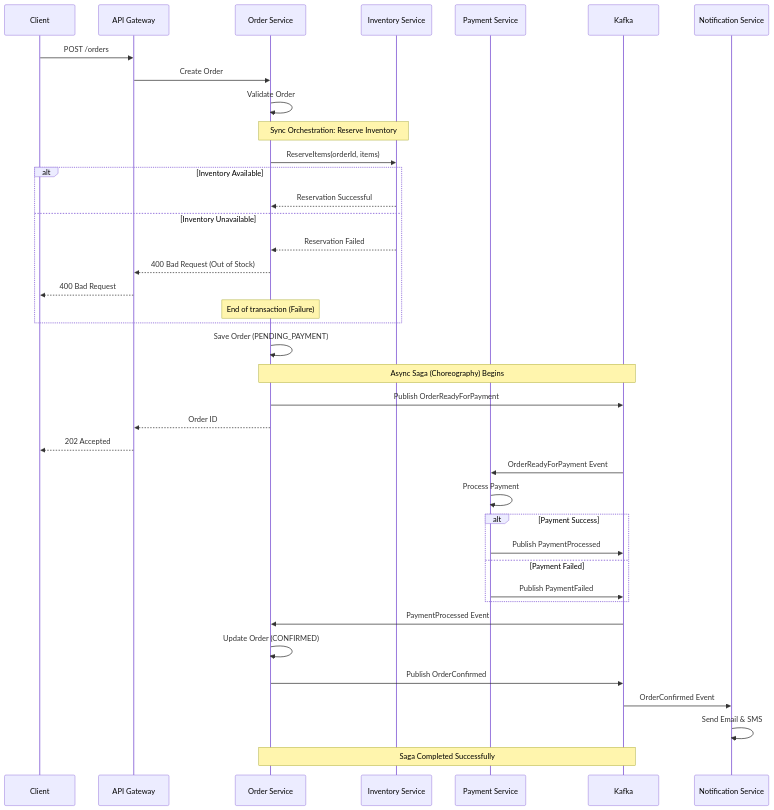
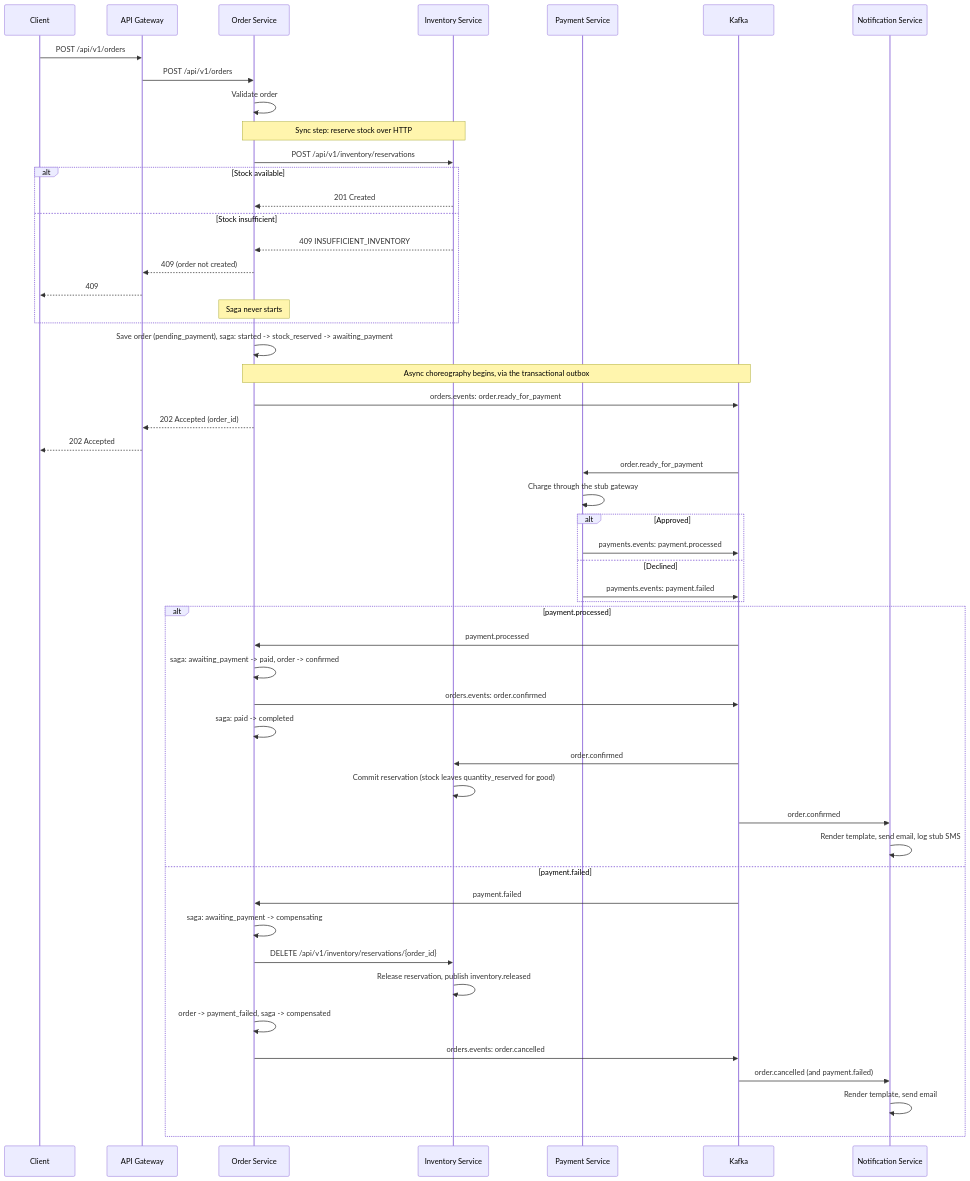
The first of 2 diagrams in docs/architecture/saga-pattern.md (Kalaganov-Konstantin/eventflow-commerce), drawn with Mermaid before and after one commit. The commit also changed other lines of this file and 7 other files, not shown here.

Commit message:
docs: refresh the architecture documents

````diff
--- a/docs/architecture/saga-pattern.md
+++ b/docs/architecture/saga-pattern.md
@@ -7,49 +18,60 @@
 ```mermaid
 sequenceDiagram
     participant C as Client
     participant GW as API Gateway
     participant OS as Order Service
     participant IS as Inventory Service
     participant PS as Payment Service
     participant K as Kafka
     participant NS as Notification Service
 
-    C->>GW: POST /orders
-    GW->>OS: Create Order
-    OS->>OS: Validate Order
+    C->>GW: POST /api/v1/orders
+    GW->>OS: POST /api/v1/orders
+    OS->>OS: Validate order
 
-    Note over OS, IS: Sync Orchestration: Reserve Inventory
-    OS->>IS: ReserveItems(orderId, items)
-    alt Inventory Available
-        IS-->>OS: Reservation Successful
-    else Inventory Unavailable
-        IS-->>OS: Reservation Failed
-        OS-->>GW: 400 Bad Request (Out of Stock)
-        GW-->>C: 400 Bad Request
-        Note over OS: End of transaction (Failure)
+    Note over OS, IS: Sync step: reserve stock over HTTP
+    OS->>IS: POST /api/v1/inventory/reservations
+    alt Stock available
+        IS-->>OS: 201 Created
+    else Stock insufficient
+        IS-->>OS: 409 INSUFFICIENT_INVENTORY
+        OS-->>GW: 409 (order not created)
+        GW-->>C: 409
+        Note over OS: Saga never starts
     end
 
-    OS->>OS: Save Order (PENDING_PAYMENT)
+    OS->>OS: Save order (pending_payment), saga: started -> stock_reserved -> awaiting_payment
 
-    Note over OS, K: Async Saga (Choreography) Begins
-    OS->>K: Publish OrderReadyForPayment
-    OS-->>GW: Order ID
+    Note over OS, K: Async choreography begins, via the transactional outbox
+    OS->>K: orders.events: order.ready_for_payment
+    OS-->>GW: 202 Accepted (order_id)
     GW-->>C: 202 Accepted
 
-    K->>PS: OrderReadyForPayment Event
-    PS->>PS: Process Payment
-    alt Payment Success
-        PS->>K: Publish PaymentProcessed
-    else Payment Failed
-        PS->>K: Publish PaymentFailed
+    K->>PS: order.ready_for_payment
+    PS->>PS: Charge through the stub gateway
+    alt Approved
+        PS->>K: payments.events: payment.processed
+    else Declined
+        PS->>K: payments.events: payment.failed
     end
 
-    K->>OS: PaymentProcessed Event
-    OS->>OS: Update Order (CONFIRMED)
-    OS->>K: Publish OrderConfirmed
-
-    K->>NS: OrderConfirmed Event
-    NS->>NS: Send Email & SMS
-
-    Note over OS, K: Saga Completed Successfully
+    alt payment.processed
+        K->>OS: payment.processed
+        OS->>OS: saga: awaiting_payment -> paid, order -> confirmed
+        OS->>K: orders.events: order.confirmed
+        OS->>OS: saga: paid -> completed
+        K->>IS: order.confirmed
+        IS->>IS: Commit reservation (stock leaves quantity_reserved for good)
+        K->>NS: order.confirmed
+        NS->>NS: Render template, send email, log stub SMS
+    else payment.failed
+        K->>OS: payment.failed
+        OS->>OS: saga: awaiting_payment -> compensating
+        OS->>IS: DELETE /api/v1/inventory/reservations/{order_id}
+        IS->>IS: Release reservation, publish inventory.released
+        OS->>OS: order -> payment_failed, saga -> compensated
+        OS->>K: orders.events: order.cancelled
+        K->>NS: order.cancelled (and payment.failed)
+        NS->>NS: Render template, send email
+    end
 ```
````
